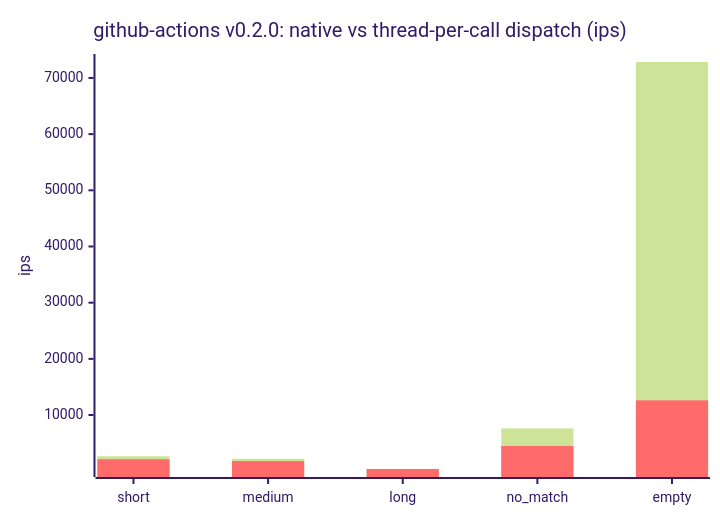
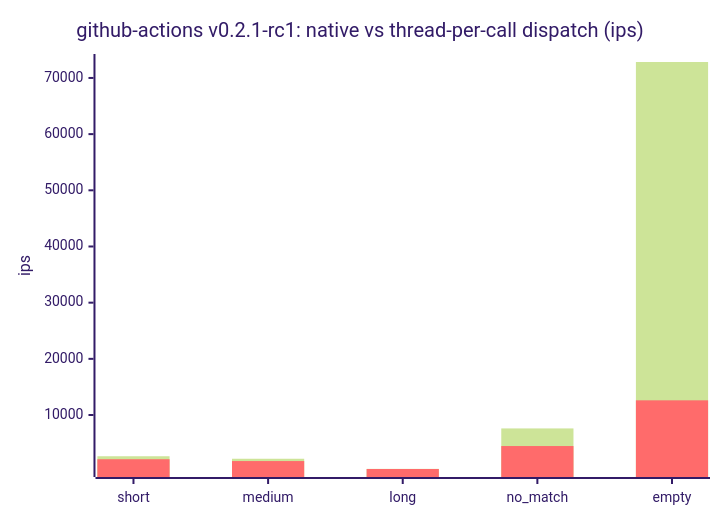
Before and after one commit to cpb/duckling: the first of 5 diagrams in docs/benchmarks/README.md, drawn with Mermaid (forest theme). The commit also changed other lines of this file and 8 other files, not shown here.

````diff
--- a/docs/benchmarks/README.md
+++ b/docs/benchmarks/README.md
@@ -50,8 +50,8 @@
 ```mermaid
 xychart-beta
-    title "github-actions v0.2.0: native vs thread-per-call dispatch (ips)"
+    title "github-actions v0.2.1-rc1: native vs thread-per-call dispatch (ips)"
     x-axis [short, medium, long, no_match, empty]
     y-axis "ips"
     bar "native" [2662.2, 2216.9, 419.1, 7614.2, 72838.8]
     bar "thread-per-call" [2130.8, 1804.9, 392.7, 4480.0, 12615.7]
 ```
````
